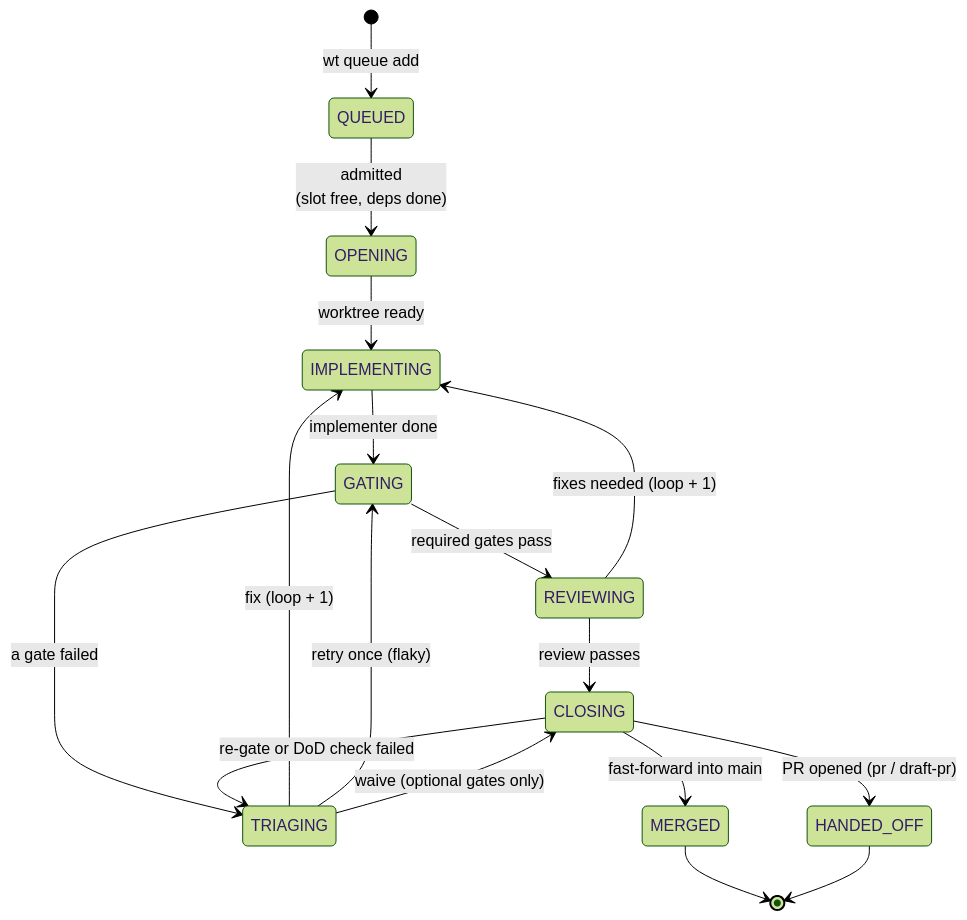
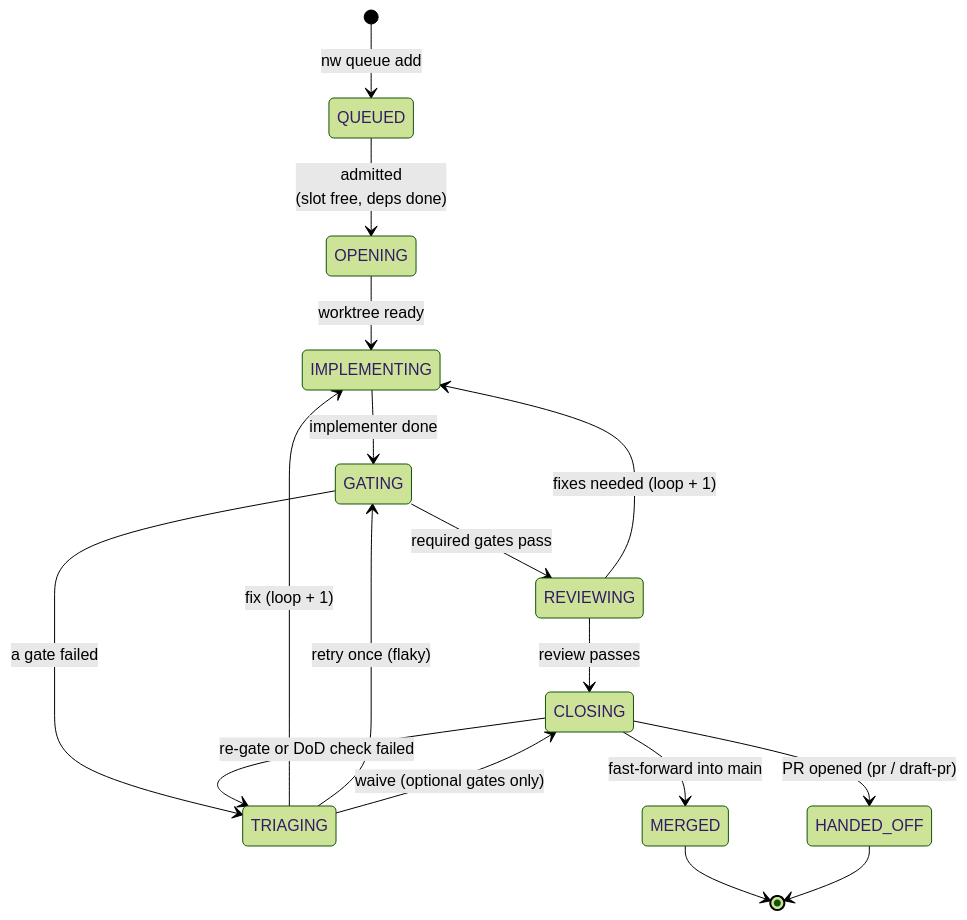
Before and after one commit to brunosmmm/nightwright: the first of 3 diagrams in docs/product/loop/states.md, drawn with Mermaid (forest theme). The commit also changed other lines of this file and 495 other files, not shown here.

````diff
--- a/docs/product/loop/states.md
+++ b/docs/product/loop/states.md
@@ -11,20 +11,20 @@
 ```mermaid
 stateDiagram-v2
     direction TB
-    [*] --> QUEUED: wt queue add
+    [*] --> QUEUED: nw queue add
     QUEUED --> OPENING: admitted<br/>(slot free, deps done)
     OPENING --> IMPLEMENTING: worktree ready
     IMPLEMENTING --> GATING: implementer done
     GATING --> REVIEWING: required gates pass
     GATING --> TRIAGING: a gate failed
     TRIAGING --> IMPLEMENTING: fix (loop + 1)
     TRIAGING --> GATING: retry once (flaky)
     TRIAGING --> CLOSING: waive (optional gates only)
     REVIEWING --> IMPLEMENTING: fixes needed (loop + 1)
     REVIEWING --> CLOSING: review passes
     CLOSING --> TRIAGING: re-gate or DoD check failed
     CLOSING --> MERGED: fast-forward into main
     CLOSING --> HANDED_OFF: PR opened (pr / draft-pr)
     MERGED --> [*]
     HANDED_OFF --> [*]
 ```
````
